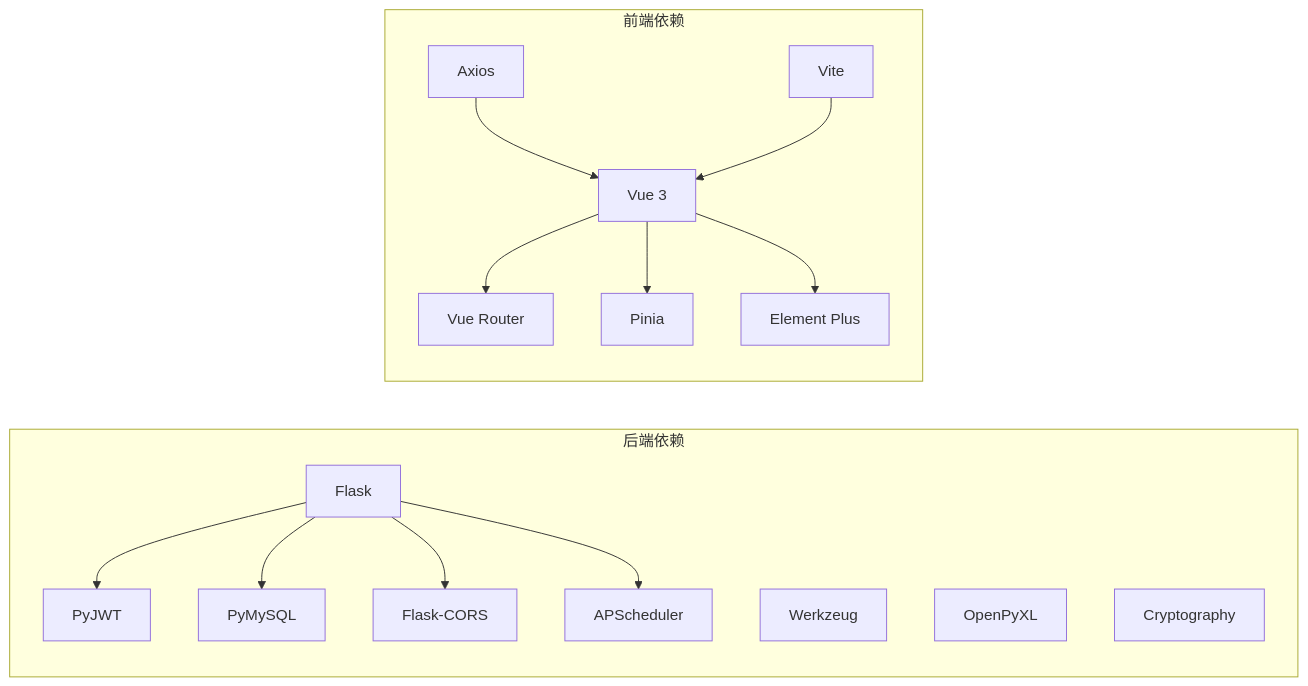
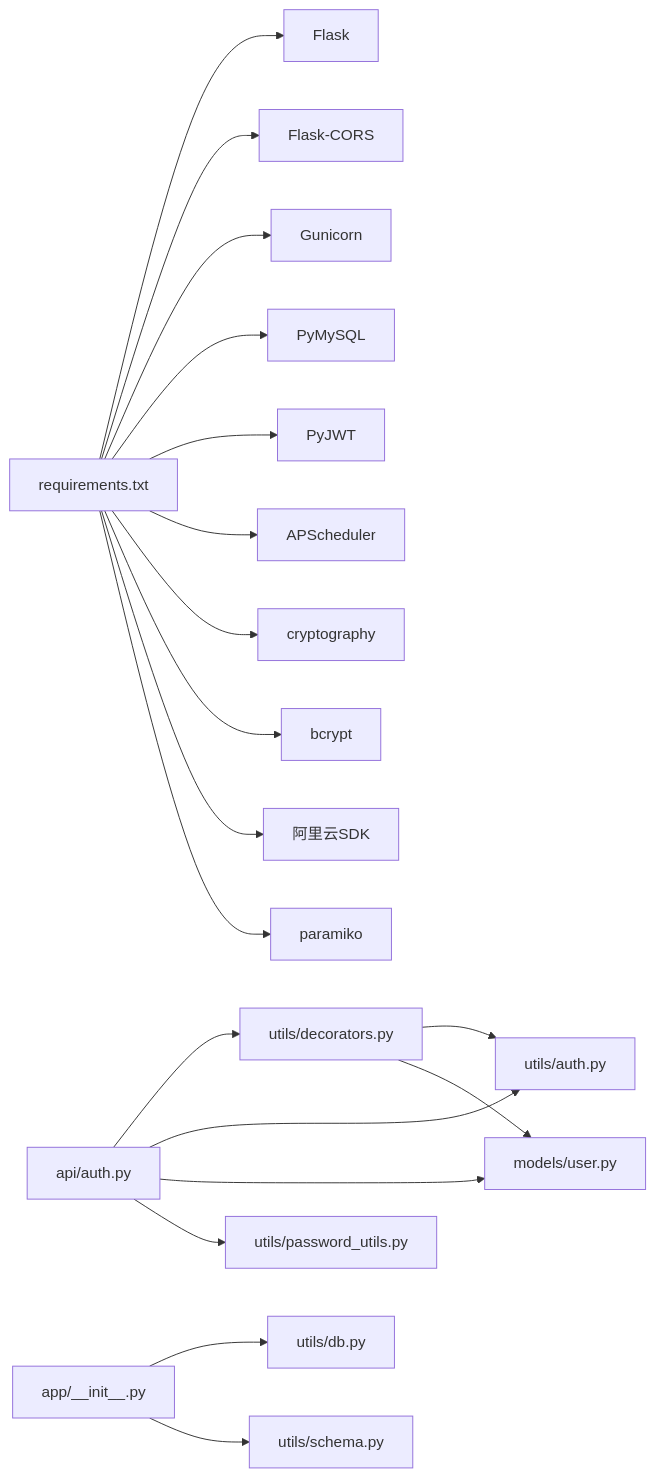
One commit to ismine3/OPS changed the eighth of 8 diagrams in .qoder/repowiki/zh/content/开发指南/开发指南.md. Above: the diagram before and after it, drawn with Mermaid. The commit also changed other lines of this file and 157 other files, not shown here.

````diff
--- a/.qoder/repowiki/zh/content/开发指南/开发指南.md
+++ b/.qoder/repowiki/zh/content/开发指南/开发指南.md
@@ -348,30 +293,21 @@
 ```mermaid
 graph LR
-subgraph "后端依赖"
-F["Flask"]
-CORS["Flask-CORS"]
-MYSQL["PyMySQL"]
-JWT["PyJWT"]
-WZ["Werkzeug"]
-APS["APScheduler"]
-XLSX["OpenPyXL"]
-CRY["Cryptography"]
-end
-subgraph "前端依赖"
-VUE["Vue 3"]
-VR["Vue Router"]
-PIN["Pinia"]
-EP["Element Plus"]
-AX["Axios"]
-VITE["Vite"]
-end
-F --> JWT
-F --> MYSQL
-F --> CORS
-F --> APS
-VUE --> VR
-VUE --> PIN
-VUE --> EP
-AX --> VUE
-VITE --> VUE
+Req["requirements.txt"] --> Flask["Flask"]
+Req --> CORS["Flask-CORS"]
+Req --> Gunicorn["Gunicorn"]
+Req --> PyMySQL["PyMySQL"]
+Req --> JWT["PyJWT"]
+Req --> APS["APScheduler"]
+Req --> Crypto["cryptography"]
+Req --> Bcrypt["bcrypt"]
+Req --> SDK["阿里云SDK"]
+Req --> Paramiko["paramiko"]
+AuthBP["api/auth.py"] --> Decor["utils/decorators.py"]
+AuthBP --> AuthUtil["utils/auth.py"]
+AuthBP --> User["models/user.py"]
+Decor --> AuthUtil
+Decor --> User
+AuthBP --> PWU["utils/password_utils.py"]
+Init["app/__init__.py"] --> DB["utils/db.py"]
+Init --> Schema["utils/schema.py"]
 ```
````
